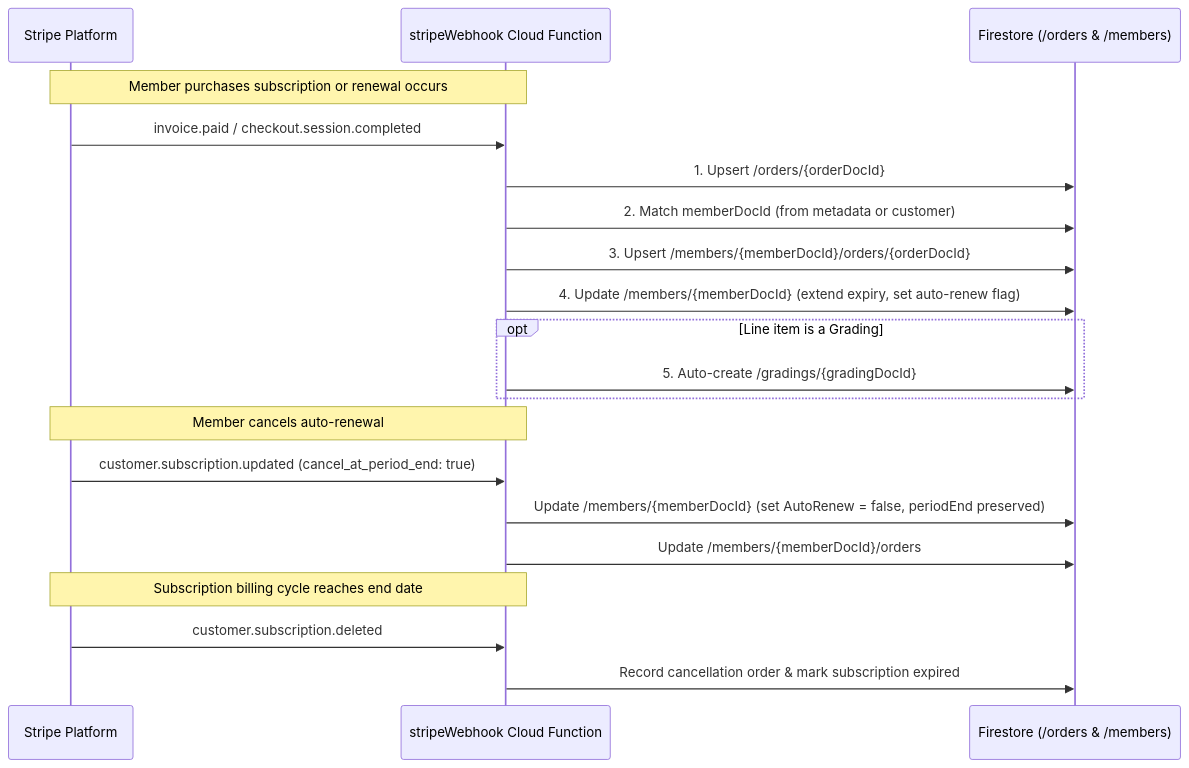
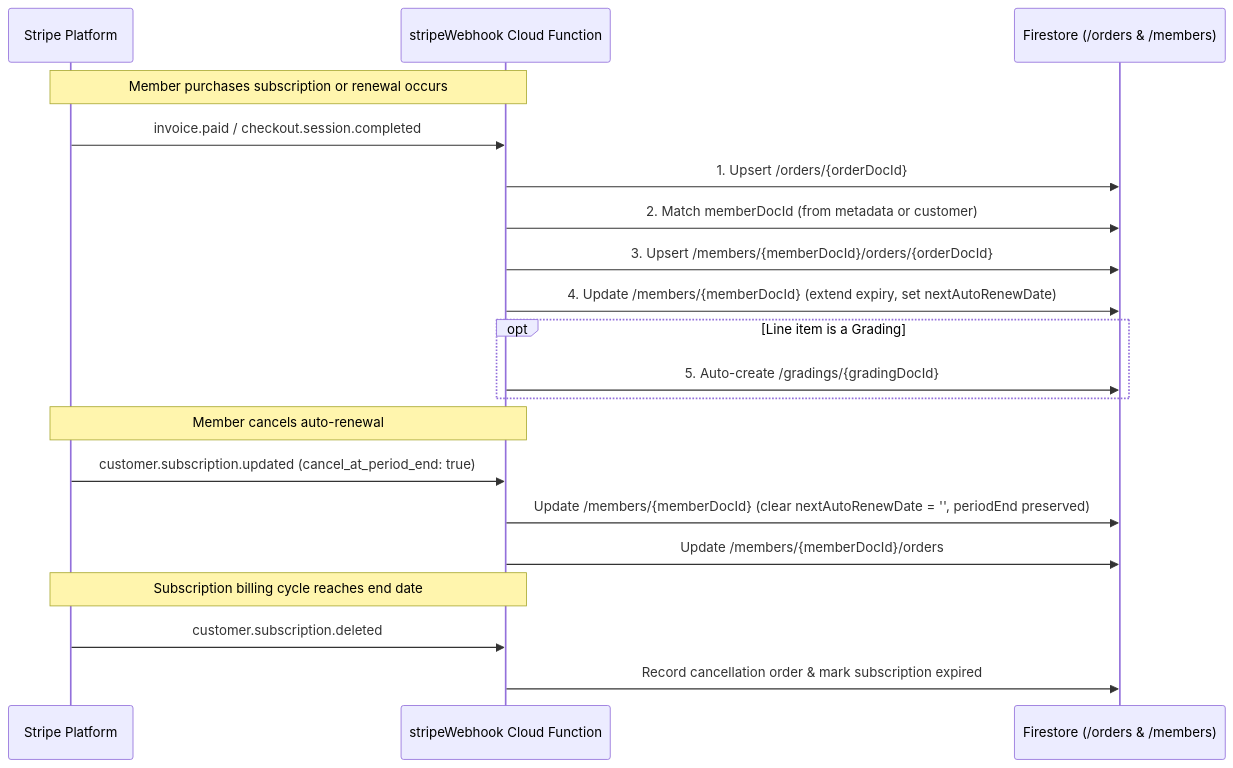
Before and after one commit to iislucas/ilc-members-manager: the second of 2 diagrams in docs/orders-and-subscriptions.md, drawn with Mermaid. The commit also changed other lines of this file, not shown here.

Commit message:
docs: update orders and subscriptions design with explicit nextAutoRenewDate fields

````diff
--- a/docs/orders-and-subscriptions.md
+++ b/docs/orders-and-subscriptions.md
@@ -310,25 +330,25 @@
 ```mermaid
 sequenceDiagram
     participant Stripe as Stripe Platform
     participant Webhook as stripeWebhook Cloud Function
     participant Firestore as Firestore (/orders & /members)
 
     Note over Stripe,Webhook: Member purchases subscription or renewal occurs
     Stripe->>Webhook: invoice.paid / checkout.session.completed
     Webhook->>Firestore: 1. Upsert /orders/{orderDocId}
     Webhook->>Firestore: 2. Match memberDocId (from metadata or customer)
     Webhook->>Firestore: 3. Upsert /members/{memberDocId}/orders/{orderDocId}
-    Webhook->>Firestore: 4. Update /members/{memberDocId} (extend expiry, set auto-renew flag)
+    Webhook->>Firestore: 4. Update /members/{memberDocId} (extend expiry, set nextAutoRenewDate)
     opt Line item is a Grading
         Webhook->>Firestore: 5. Auto-create /gradings/{gradingDocId}
     end
 
     Note over Stripe,Webhook: Member cancels auto-renewal
     Stripe->>Webhook: customer.subscription.updated (cancel_at_period_end: true)
-    Webhook->>Firestore: Update /members/{memberDocId} (set AutoRenew = false, periodEnd preserved)
+    Webhook->>Firestore: Update /members/{memberDocId} (clear nextAutoRenewDate = '', periodEnd preserved)
     Webhook->>Firestore: Update /members/{memberDocId}/orders
 
     Note over Stripe,Webhook: Subscription billing cycle reaches end date
     Stripe->>Webhook: customer.subscription.deleted
     Webhook->>Firestore: Record cancellation order & mark subscription expired
 ```
````
